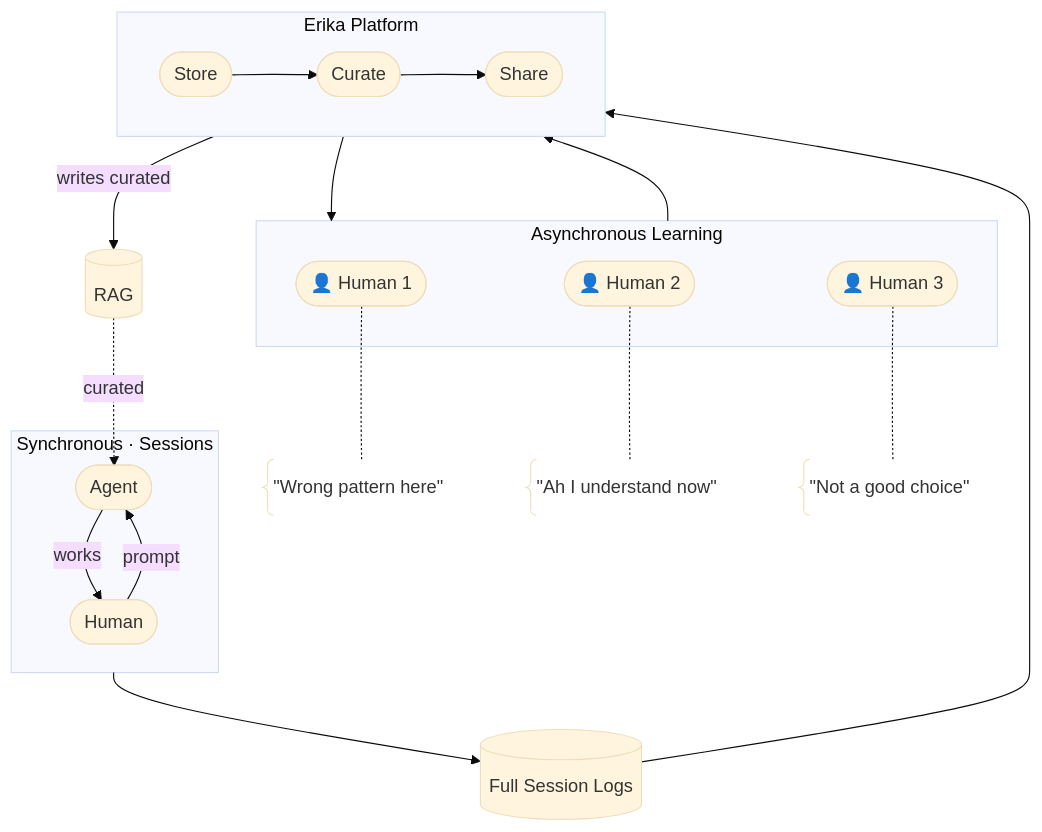
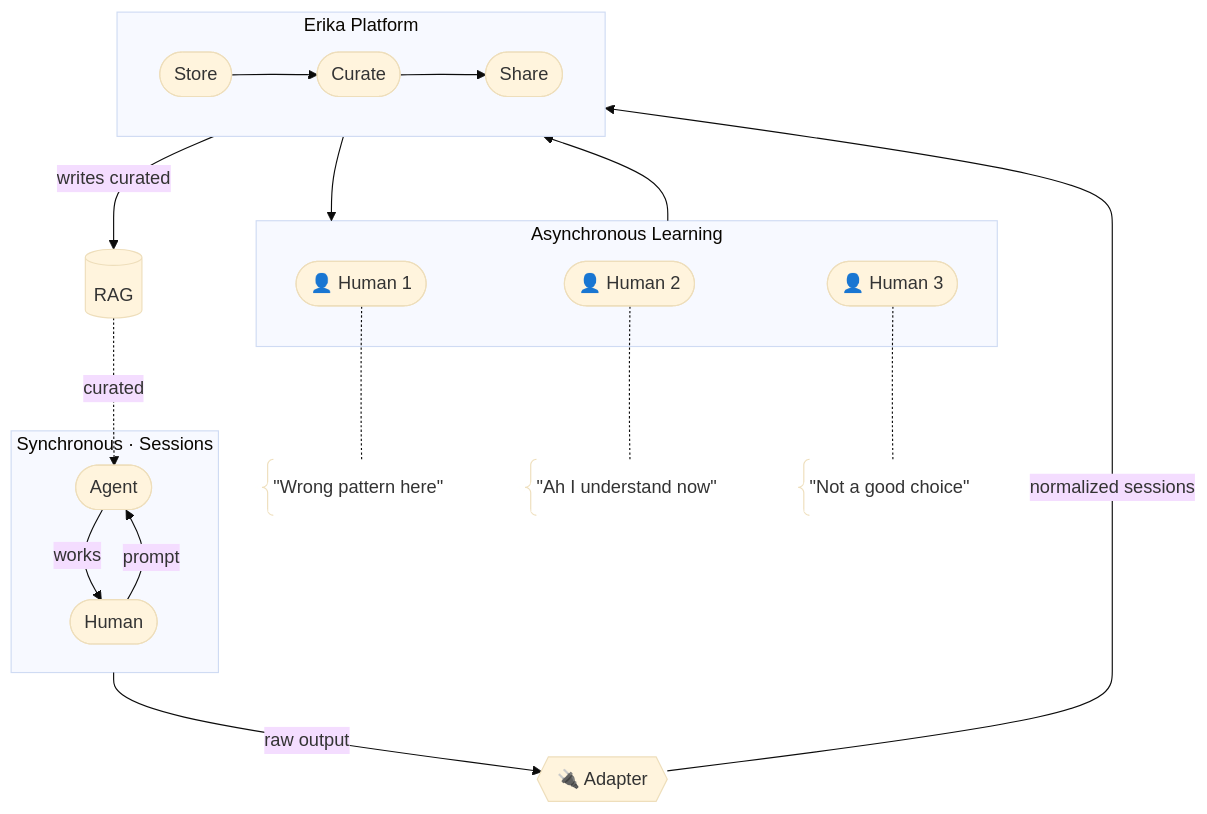
Before and after one commit to thiscantbeserious/ragts-learning-platform: the fifth of 5 diagrams in VISION.md, drawn with Mermaid (base theme). The commit also changed 2 other files, not shown here.

Commit message:
docs: add adapter pattern to vision chart and embed compiled SVG in README (#37)
* docs: replace concrete 'Full Session Logs' with generic adapter pattern in vision chart

* docs: add compiled VISION.svg and embed in README with link to full vision walkthrough

* docs: add padding to VISION.svg viewBox to prevent text clipping at edges

* docs: fix text clipping in VISION.svg by inflating foreignObject dimensions and adding overflow:visible

---------

````diff
--- a/VISION.md
+++ b/VISION.md
@@ -107,36 +107,36 @@
 ```mermaid
 %%{ init: { 'flowchart': { 'nodeSpacing': 50, 'rankSpacing': 50 } } }%%
 flowchart TD
     subgraph Session["Synchronous · Sessions"]
         Human(["👤 Human"]) -->|prompt| Agent([Agent])
         Agent -->|works| Human([Human])
     end
 
-    Session-->Logs
-    Logs[(Full Session Logs)] --> Platform
+    Session -->|raw output| Adapter{{"🔌 Adapter"}}
+    Adapter -->|normalized sessions| Platform
 
     subgraph Platform["Erika Platform"]
         direction LR
         Store([Store]) --> Curate([Curate]) --> Share([Share])
     end
 
     subgraph Team["Asynchronous Learning"]
         H1(["👤 Human 1"])
         H2(["👤 Human 2"])
         H3(["👤 Human 3"])
     end
 
     S1@{ shape: brace, label: '"Wrong pattern here"' }
     S2@{ shape: brace, label: '"Ah I understand now"' }
     S3@{ shape: brace, label: '"Not a good choice"' }
     H1 -.- S1
     H2 -.- S2
     H3 -.- S3
 
     Platform --> Team
     Team --> Platform
 
     RAG[(RAG)]
     Platform -->|writes curated| RAG
     RAG -.->|curated| Agent
 ```
````
